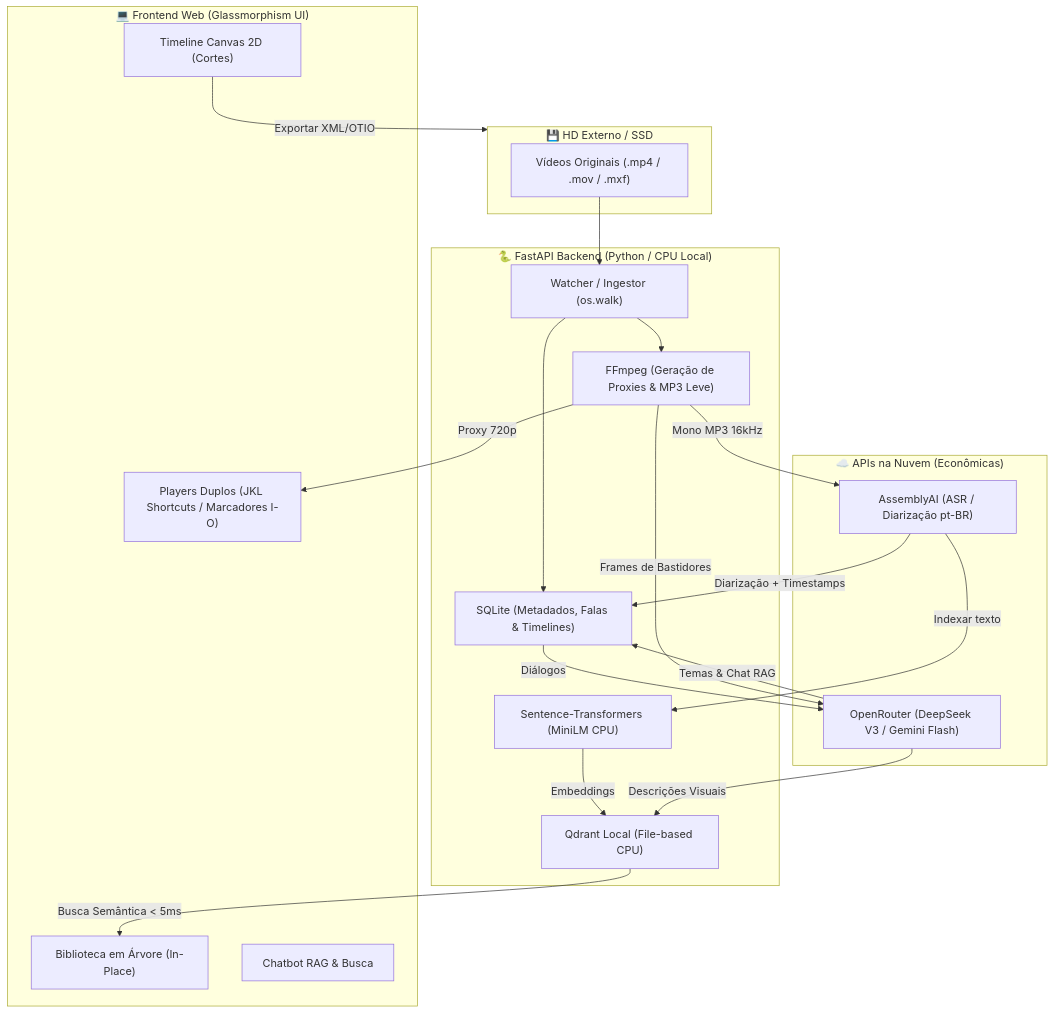
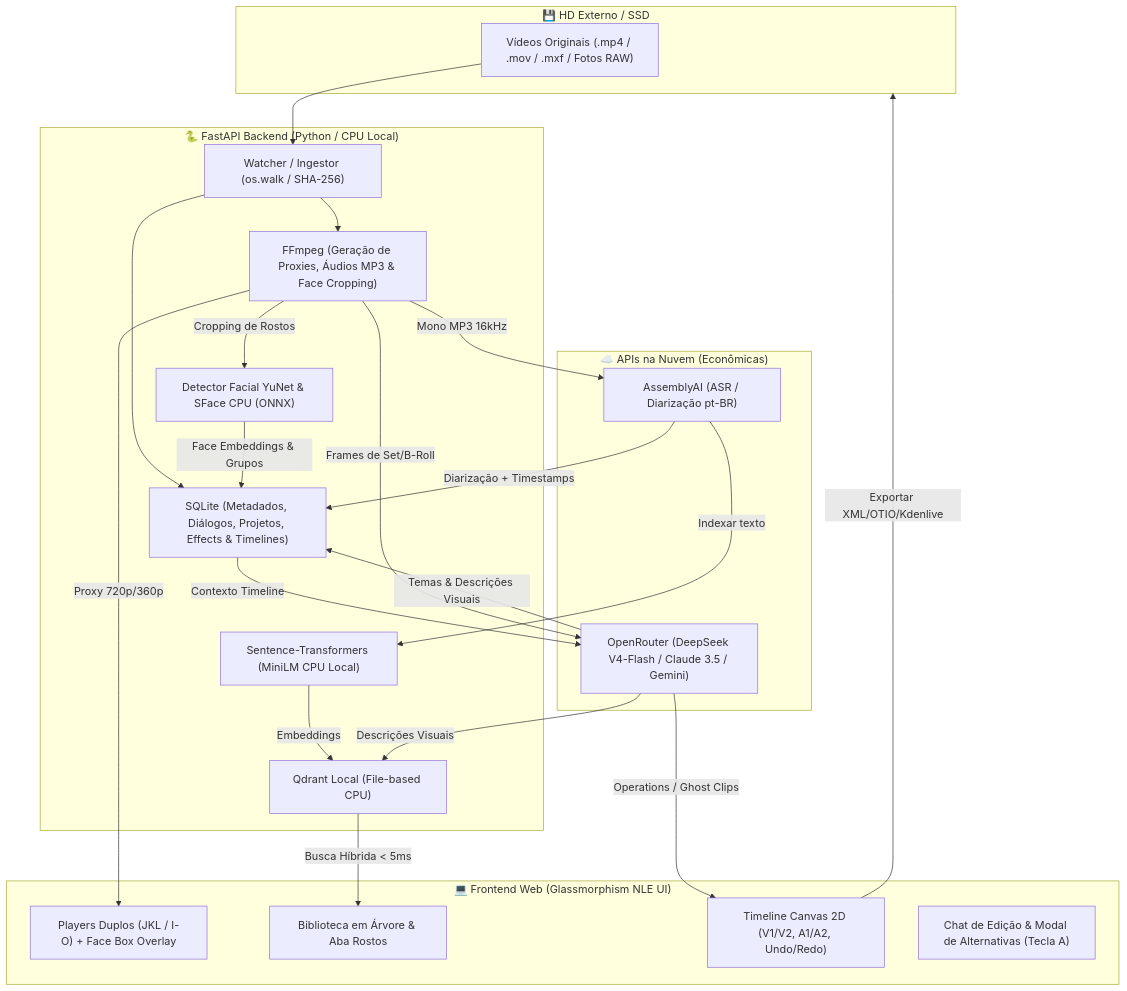
Before and after one commit to fernangcortes/capiau-talho-v03: the diagram in README.md, drawn with Mermaid. The commit also changed other lines of this file, not shown here.

````diff
--- a/README.md
+++ b/README.md
@@ -26,41 +41,45 @@
 ```mermaid
 graph TD
     subgraph HD_Externo["💾 HD Externo / SSD"]
-        Originals["Vídeos Originais (.mp4 / .mov / .mxf)"]
+        Originals["Vídeos Originais (.mp4 / .mov / .mxf / Fotos RAW)"]
     end
 
     subgraph Backend["🐍 FastAPI Backend (Python / CPU Local)"]
-        Watcher["Watcher / Ingestor (os.walk)"]
-        FFmpeg["FFmpeg (Geração de Proxies & MP3 Leve)"]
-        SQLite["SQLite (Metadados, Falas & Timelines)"]
-        SentenceTransformers["Sentence-Transformers (MiniLM CPU)"]
+        Watcher["Watcher / Ingestor (os.walk / SHA-256)"]
+        FFmpeg["FFmpeg (Geração de Proxies, Áudios MP3 & Face Cropping)"]
+        SQLite["SQLite (Metadados, Diálogos, Projetos, Effects & Timelines)"]
+        SentenceTransformers["Sentence-Transformers (MiniLM CPU Local)"]
         Qdrant["Qdrant Local (File-based CPU)"]
+        FaceEngine["Detector Facial YuNet & SFace CPU (ONNX)"]
     end
 
     subgraph APIs_Nuvem["☁️ APIs na Nuvem (Econômicas)"]
         AssemblyAI["AssemblyAI (ASR / Diarização pt-BR)"]
-        OpenRouter["OpenRouter (DeepSeek V3 / Gemini Flash)"]
+        OpenRouter["OpenRouter (DeepSeek V4-Flash / Claude 3.5 / Gemini)"]
     end
 
-    subgraph Frontend["💻 Frontend Web (Glassmorphism UI)"]
-        Player["Players Duplos (JKL Shortcuts / Marcadores I-O)"]
-        Biblioteca["Biblioteca em Árvore (In-Place)"]
-        Timeline["Timeline Canvas 2D (Cortes)"]
-        Chat["Chatbot RAG & Busca"]
+    subgraph Frontend["💻 Frontend Web (Glassmorphism NLE UI)"]
+        Player["Players Duplos (JKL / I-O) + Face Box Overlay"]
+        Biblioteca["Biblioteca em Árvore & Aba Rostos"]
+        Timeline["Timeline Canvas 2D (V1/V2, A1/A2, Undo/Redo)"]
+        Chat["Chat de Edição & Modal de Alternativas (Tecla A)"]
     end
 
     Originals --> Watcher
     Watcher --> SQLite
     Watcher --> FFmpeg
-    FFmpeg -->|Proxy 720p| Player
+    FFmpeg -->|Proxy 720p/360p| Player
     FFmpeg -->|Mono MP3 16kHz| AssemblyAI
     AssemblyAI -->|Diarização + Timestamps| SQLite
     AssemblyAI -->|Indexar texto| SentenceTransformers
     SentenceTransformers -->|Embeddings| Qdrant
-    SQLite -->|Diálogos| OpenRouter
-    OpenRouter -->|Temas & Chat RAG| SQLite
-    FFmpeg -->|Frames de Bastidores| OpenRouter
+    SQLite -->|Contexto Timeline| OpenRouter
+    OpenRouter -->|Operations / Ghost Clips| Timeline
+    OpenRouter -->|Temas & Descrições Visuais| SQLite
+    FFmpeg -->|Frames de Set/B-Roll| OpenRouter
     OpenRouter -->|Descrições Visuais| Qdrant
-    Qdrant -->|Busca Semântica < 5ms| Biblioteca
-    Timeline -->|Exportar XML/OTIO| HD_Externo
+    FFmpeg -->|Cropping de Rostos| FaceEngine
+    FaceEngine -->|Face Embeddings & Grupos| SQLite
+    Qdrant -->|Busca Híbrida < 5ms| Biblioteca
+    Timeline -->|Exportar XML/OTIO/Kdenlive| HD_Externo
 ```
````
